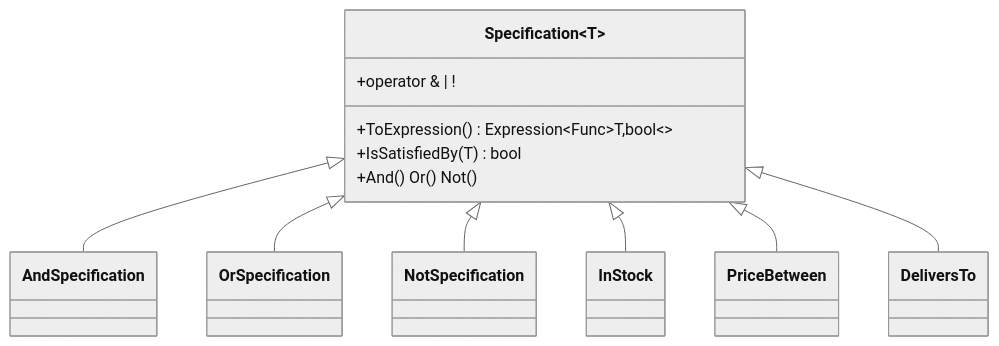
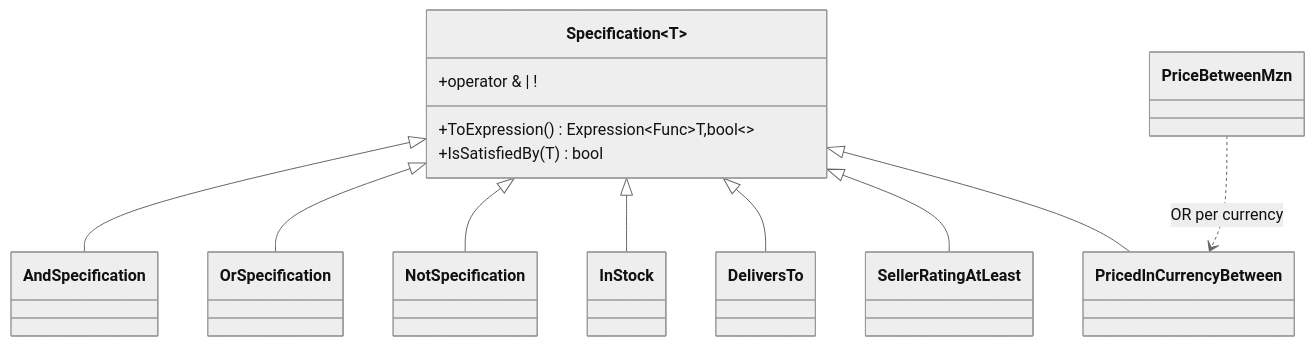
Before and after one commit to edilsonmanjate/kanimambo-market: the diagram in docs/patterns/Specification.md, drawn with Mermaid (neutral theme). The commit also changed other lines of this file and 12 other files, not shown here.

````diff
--- a/docs/patterns/Specification.md
+++ b/docs/patterns/Specification.md
@@ -41,15 +52,16 @@
 ```mermaid
 classDiagram
     class Specification~T~ {
         +ToExpression() Expression~Func~T,bool~~
         +IsSatisfiedBy(T) bool
-        +And() Or() Not()
         +operator &  |  !
     }
     Specification <|-- AndSpecification
     Specification <|-- OrSpecification
     Specification <|-- NotSpecification
     Specification <|-- InStock
-    Specification <|-- PriceBetween
     Specification <|-- DeliversTo
+    Specification <|-- SellerRatingAtLeast
+    Specification <|-- PricedInCurrencyBetween
+    PriceBetweenMzn ..> PricedInCurrencyBetween : OR per currency
 ```
````
